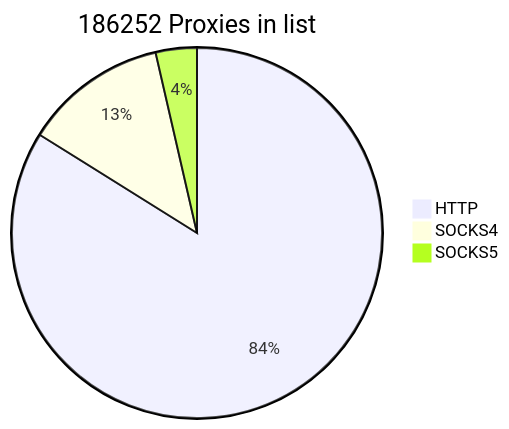
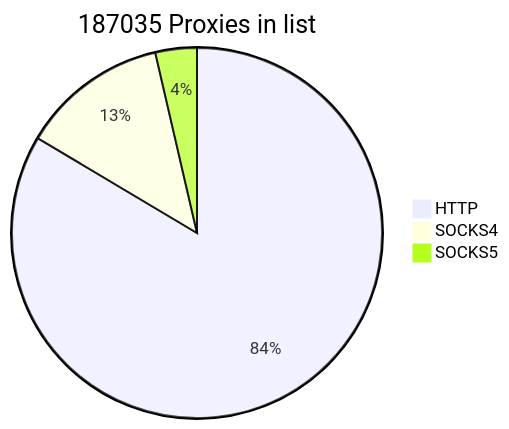
The first of 2 diagrams in README.md (cutipu/proxylist), drawn with Mermaid before and after one commit. The commit also changed other lines of this file, not shown here.

````diff
--- a/README.md
+++ b/README.md
@@ -2,7 +2,7 @@
 ```mermaid
-pie title 186252 Proxies in list
-    "HTTP" : 156236
-    "SOCKS4" : 23327
-    "SOCKS5" : 6689
+pie title 187035 Proxies in list
+    "HTTP" : 156261
+    "SOCKS4" : 24000
+    "SOCKS5" : 6774
             
 ```
````
